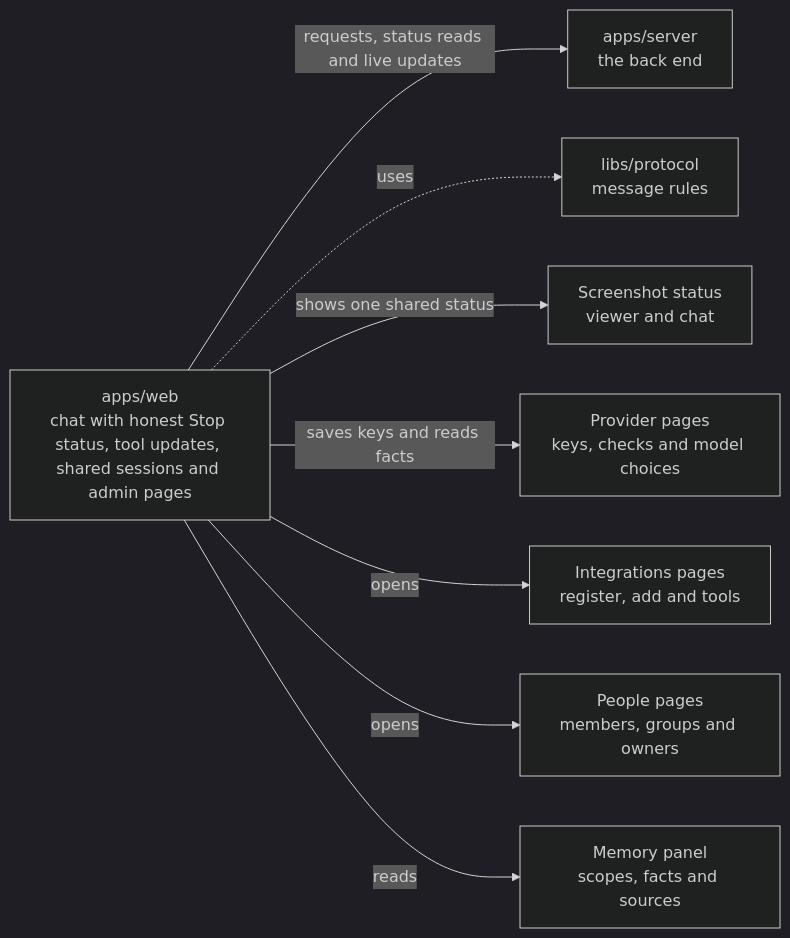
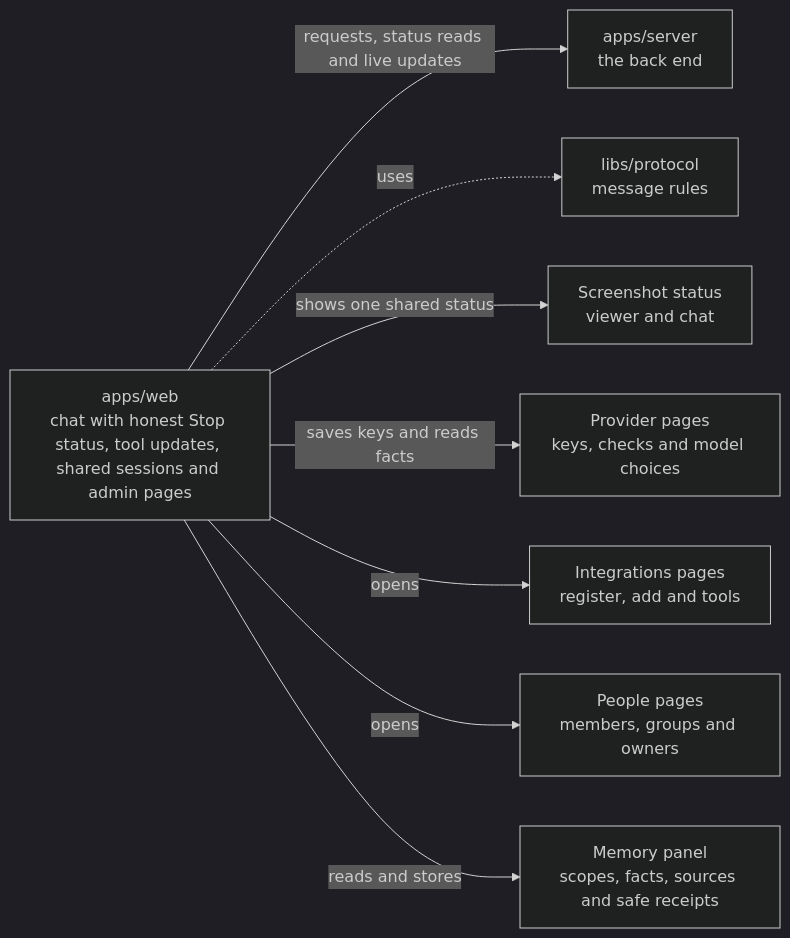
The diagram in apps/web/README.md (elewa-git/opencrane-new), drawn with Mermaid (dark theme) before and after one commit. The commit also changed other lines of this file and 23 other files, not shown here.

First line of the commit message:
🗃️ Memory facts are stored with safe receipts (#313)

````diff
--- a/apps/web/README.md
+++ b/apps/web/README.md
@@ -11,10 +11,10 @@
 ```mermaid
 flowchart LR
   web["apps/web<br/>chat with honest Stop status, tool updates, shared sessions and admin pages"] -->|requests, status reads and live updates| server["apps/server<br/>the back end"]
   web -.->|uses| protocol["libs/protocol<br/>message rules"]
   web -->|shows one shared status| capture["Screenshot status<br/>viewer and chat"]
   web -->|saves keys and reads facts| providers["Provider pages<br/>keys, checks and model choices"]
   web -->|opens| integrations["Integrations pages<br/>register, add and tools"]
   web -->|opens| people["People pages<br/>members, groups and owners"]
-  web -->|reads| memory["Memory panel<br/>scopes, facts and sources"]
+  web -->|reads and stores| memory["Memory panel<br/>scopes, facts, sources and safe receipts"]
 ```
````
